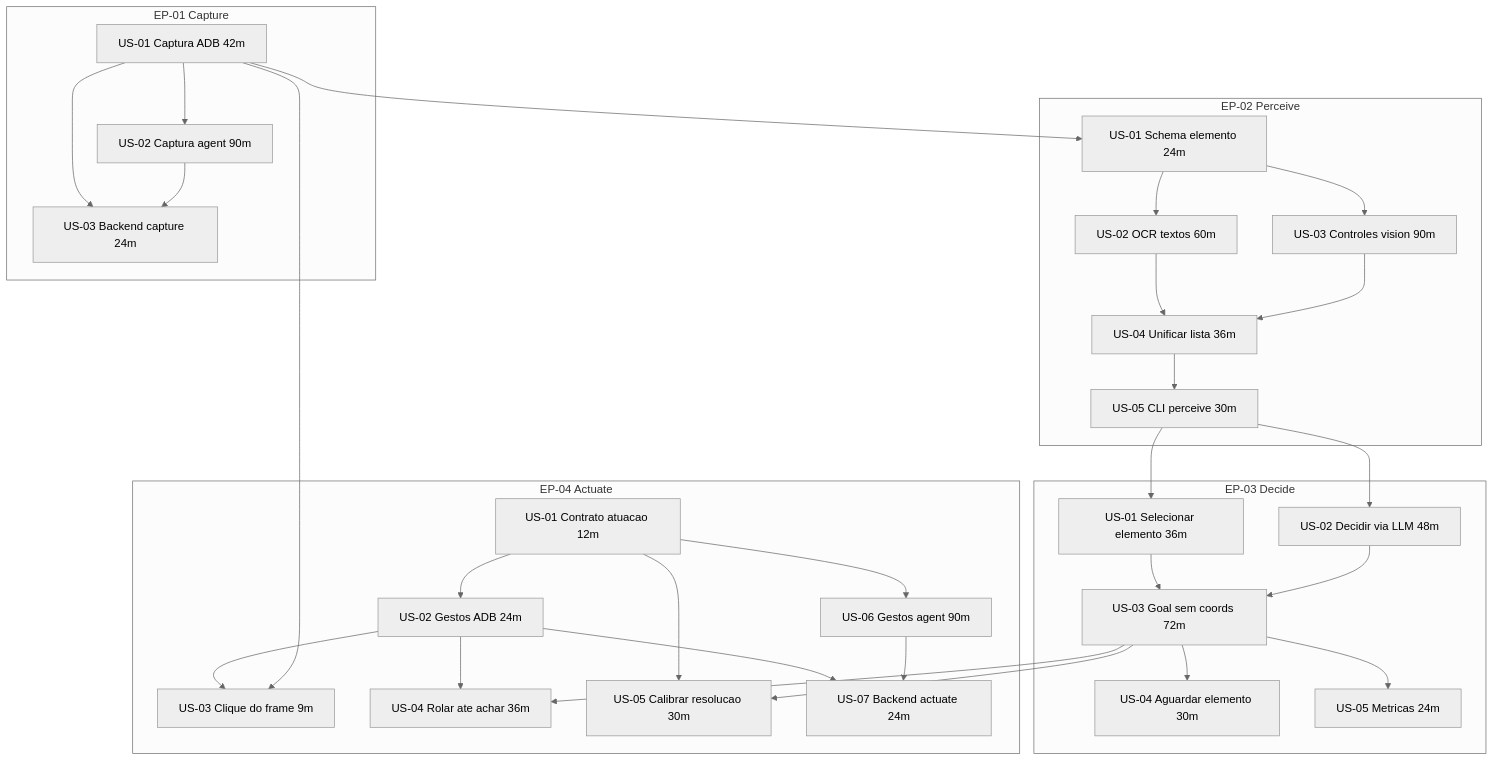
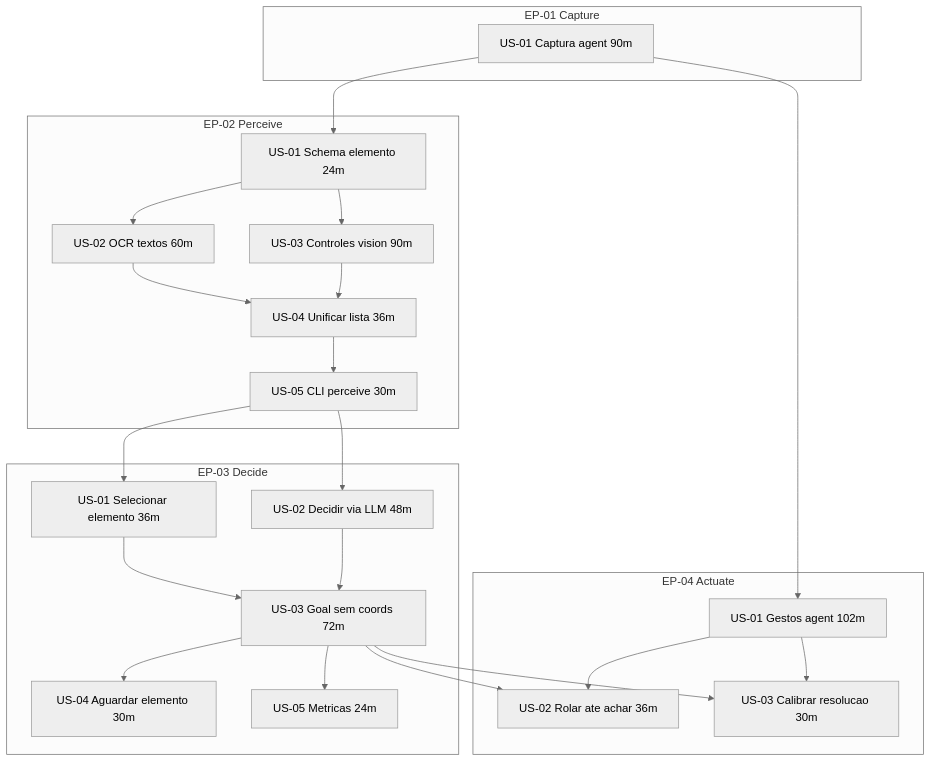
One commit to laerciogermano/workstation changed the first of 2 diagrams in core/tasks/README.md. Above: the diagram before and after it, drawn with Mermaid (neutral theme). The commit also changed other lines of this file and 19 other files, not shown here.

Commit message:
Define agent como único transporte de device: remove US ADB/backend de Capture e Actuate.

````diff
--- a/core/tasks/README.md
+++ b/core/tasks/README.md
@@ -99,59 +100,46 @@
 ```mermaid
 flowchart TD
   subgraph EP01["EP-01 Capture"]
-    C01[US-01 Captura ADB 42m]
-    C02[US-02 Captura agent 90m]
-    C03[US-03 Backend capture 24m]
-    C01 --> C02
-    C01 --> C03
-    C02 --> C03
+    C01[US-01 Captura agent 90m]
   end
 
   subgraph EP02["EP-02 Perceive"]
     P01[US-01 Schema elemento 24m]
     P02[US-02 OCR textos 60m]
     P03[US-03 Controles vision 90m]
     P04[US-04 Unificar lista 36m]
     P05[US-05 CLI perceive 30m]
     P01 --> P02
     P01 --> P03
     P02 --> P04
     P03 --> P04
     P04 --> P05
   end
 
   subgraph EP03["EP-03 Decide"]
     D01[US-01 Selecionar elemento 36m]
     D02[US-02 Decidir via LLM 48m]
     D03[US-03 Goal sem coords 72m]
     D04[US-04 Aguardar elemento 30m]
     D05[US-05 Metricas 24m]
     D01 --> D03
     D02 --> D03
     D03 --> D04
     D03 --> D05
   end
 
   subgraph EP04["EP-04 Actuate"]
-    A01[US-01 Contrato atuacao 12m]
-    A02[US-02 Gestos ADB 24m]
-    A03[US-03 Clique do frame 9m]
-    A04[US-04 Rolar ate achar 36m]
-    A05[US-05 Calibrar resolucao 30m]
-    A06[US-06 Gestos agent 90m]
-    A07[US-07 Backend actuate 24m]
-    A01 --> A02 --> A03
-    A02 --> A04
-    A01 --> A05
-    A01 --> A06
-    A02 --> A07
-    A06 --> A07
+    A01[US-01 Gestos agent 102m]
+    A02[US-02 Rolar ate achar 36m]
+    A03[US-03 Calibrar resolucao 30m]
+    A01 --> A02
+    A01 --> A03
   end
 
   C01 --> P01
-  C01 --> A03
+  C01 --> A01
   P05 --> D01
   P05 --> D02
-  D03 --> A04
-  D03 --> A05
+  D03 --> A02
+  D03 --> A03
 ```
````
